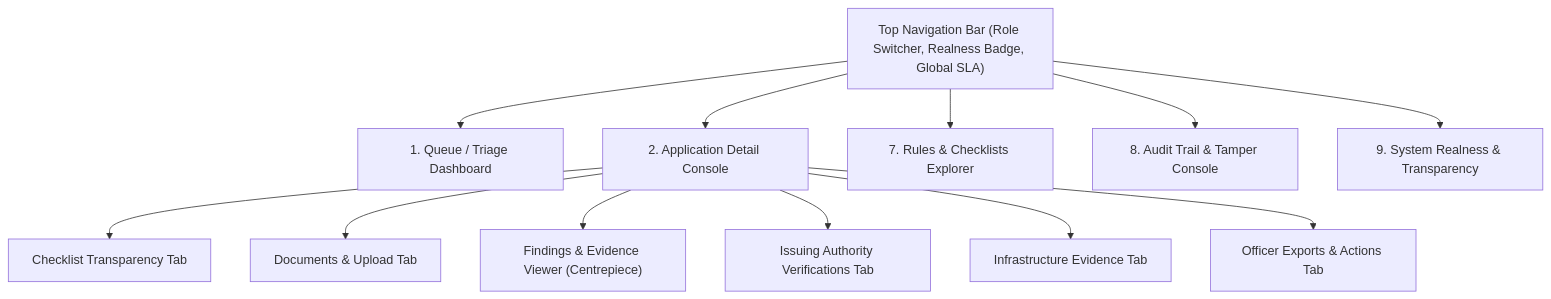
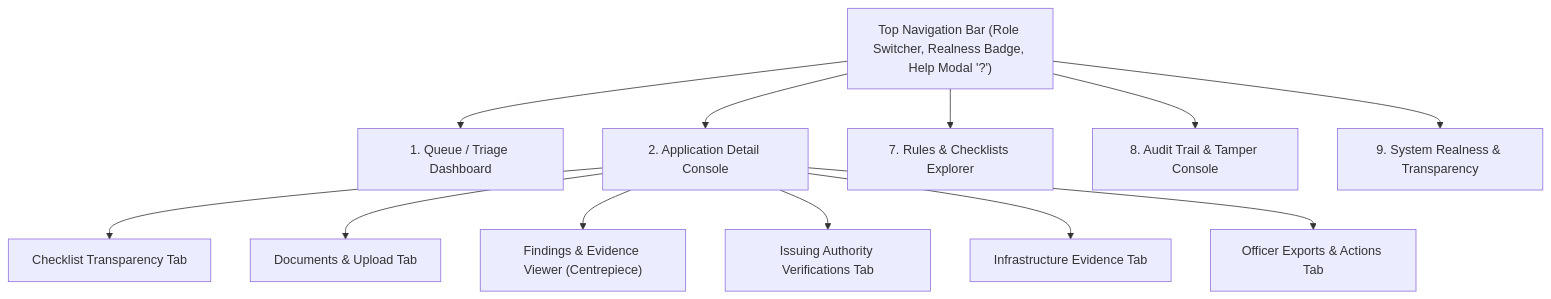
One commit to girjashankar01/26sih261 changed the diagram in docs/ROADMAP.md. Above: the diagram before and after it, drawn with Mermaid. The commit also changed other lines of this file and 3 other files, not shown here.

````diff
--- a/docs/ROADMAP.md
+++ b/docs/ROADMAP.md
@@ -58,15 +67,15 @@
 ```mermaid
 flowchart TD
-    NAV["Top Navigation Bar (Role Switcher, Realness Badge, Global SLA)"] --> Q["1. Queue / Triage Dashboard"]
+    NAV["Top Navigation Bar (Role Switcher, Realness Badge, Help Modal '?')"] --> Q["1. Queue / Triage Dashboard"]
     NAV --> APP["2. Application Detail Console"]
     NAV --> RULES["7. Rules & Checklists Explorer"]
     NAV --> AUDIT["8. Audit Trail & Tamper Console"]
     NAV --> REAL["9. System Realness & Transparency"]
 
     APP --> TAB1["Checklist Transparency Tab"]
     APP --> TAB2["Documents & Upload Tab"]
     APP --> TAB3["Findings & Evidence Viewer (Centrepiece)"]
     APP --> TAB4["Issuing Authority Verifications Tab"]
     APP --> TAB5["Infrastructure Evidence Tab"]
     APP --> TAB6["Officer Exports & Actions Tab"]
 ```
````
